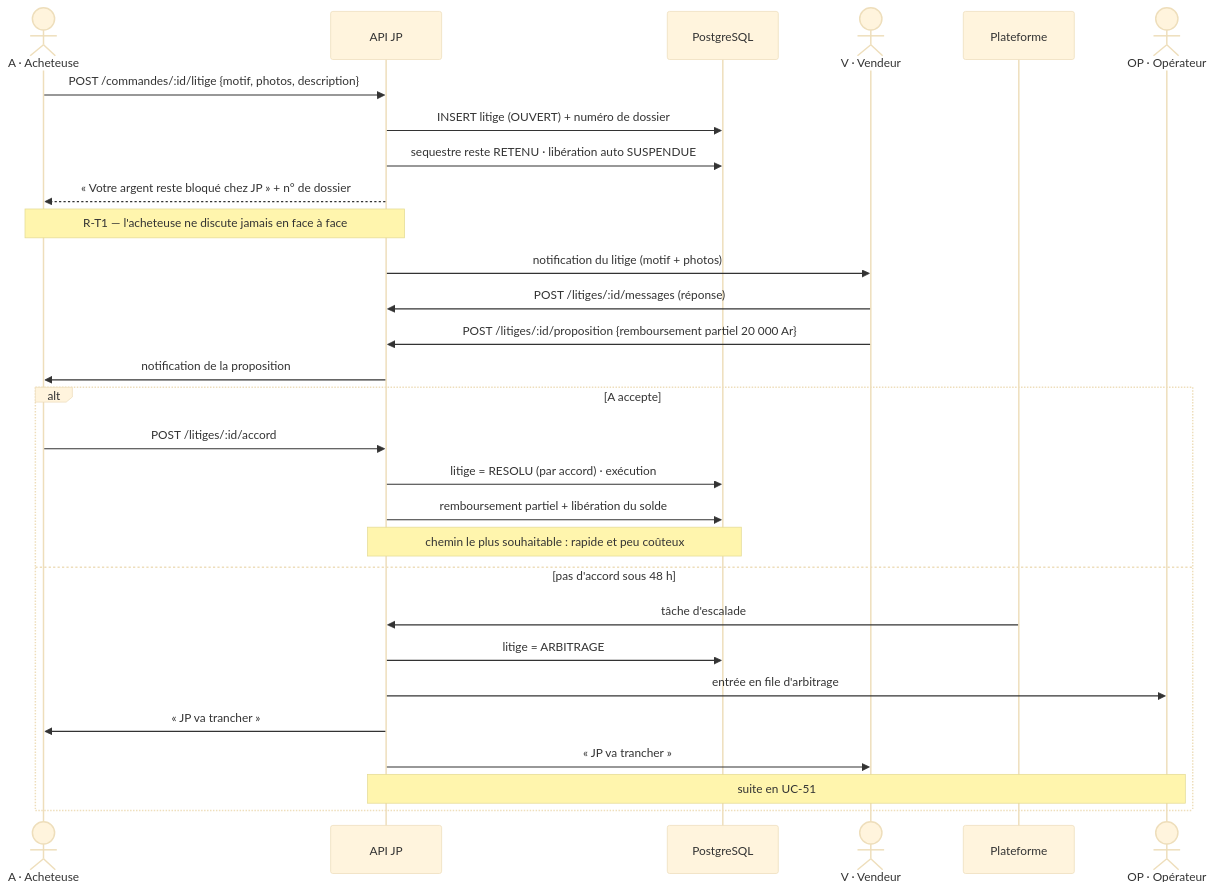
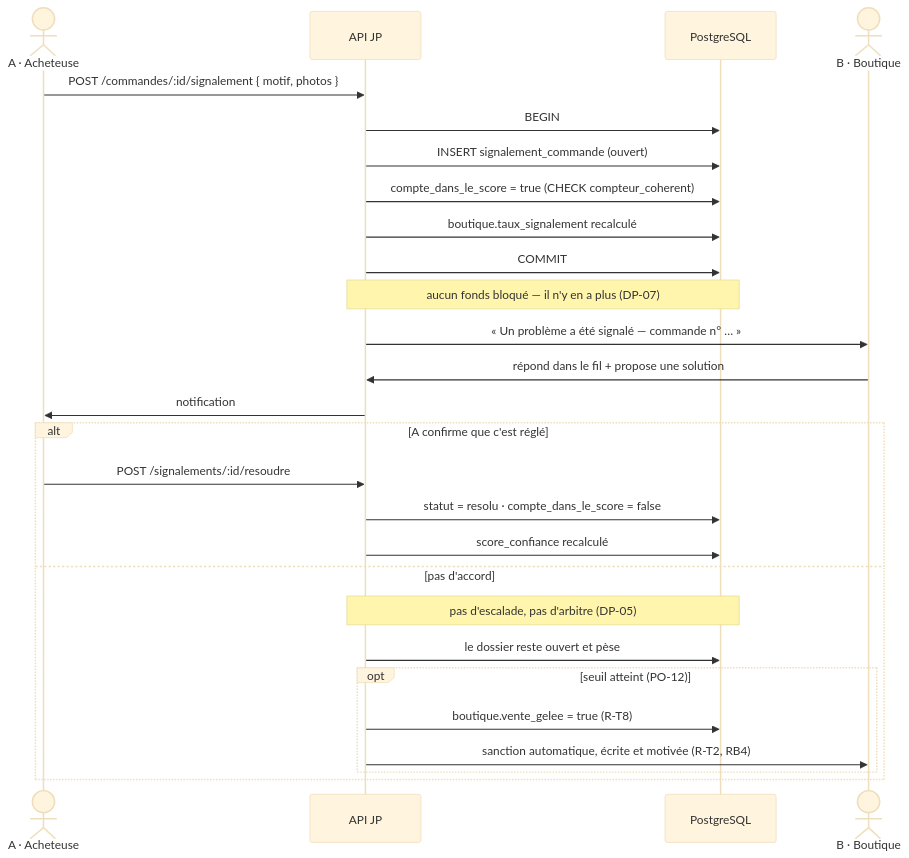
Diagram 14 of 26 in docs/JP_CAS_UTILISATION.md (andokevin/jp), drawn with Mermaid (base theme) before and after one commit. The commit also changed other lines of this file and 58 other files, not shown here.

````diff
--- a/docs/JP_CAS_UTILISATION.md
+++ b/docs/JP_CAS_UTILISATION.md
@@ -1296,34 +1100,32 @@
 ```mermaid
 sequenceDiagram
     actor A as A · Acheteuse
     participant API as API JP
     participant DB as PostgreSQL
-    actor V as V · Vendeur
-    participant SYS as Plateforme
-    actor OP as OP · Opérateur
+    actor B as B · Boutique
 
-    A->>API: POST /commandes/:id/litige {motif, photos, description}
-    API->>DB: INSERT litige (OUVERT) + numéro de dossier
-    API->>DB: sequestre reste RETENU · libération auto SUSPENDUE
-    API-->>A: « Votre argent reste bloqué chez JP » + n° de dossier
-    Note over API,A: R-T1 — l'acheteuse ne discute jamais en face à face
+    A->>API: POST /commandes/:id/signalement { motif, photos }
+    API->>DB: BEGIN
+    API->>DB: INSERT signalement_commande (ouvert)
+    API->>DB: compte_dans_le_score = true (CHECK compteur_coherent)
+    API->>DB: boutique.taux_signalement recalculé
+    API->>DB: COMMIT
+    Note over API,DB: aucun fonds bloqué — il n'y en a plus (DP-07)
+    API->>B: « Un problème a été signalé — commande n° … »
 
-    API->>V: notification du litige (motif + photos)
-    V->>API: POST /litiges/:id/messages (réponse)
-    V->>API: POST /litiges/:id/proposition {remboursement partiel 20 000 Ar}
-    API->>A: notification de la proposition
+    B->>API: répond dans le fil + propose une solution
+    API->>A: notification
 
-    alt A accepte
-        A->>API: POST /litiges/:id/accord
-        API->>DB: litige = RESOLU (par accord) · exécution
-        API->>DB: remboursement partiel + libération du solde
-        Note over API,DB: chemin le plus souhaitable : rapide et peu coûteux
-    else pas d'accord sous 48 h
-        SYS->>API: tâche d'escalade
-        API->>DB: litige = ARBITRAGE
-        API->>OP: entrée en file d'arbitrage
-        API->>A: « JP va trancher »
-        API->>V: « JP va trancher »
-        Note over API,OP: suite en UC-51
+    alt A confirme que c'est réglé
+        A->>API: POST /signalements/:id/resoudre
+        API->>DB: statut = resolu · compte_dans_le_score = false
+        API->>DB: score_confiance recalculé
+    else pas d'accord
+        Note over API,DB: pas d'escalade, pas d'arbitre (DP-05)
+        API->>DB: le dossier reste ouvert et pèse
+        opt seuil atteint (PO-12)
+            API->>DB: boutique.vente_gelee = true (R-T8)
+            API->>B: sanction automatique, écrite et motivée (R-T2, RB4)
+        end
     end
 ```
````
